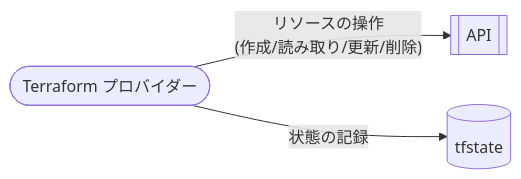
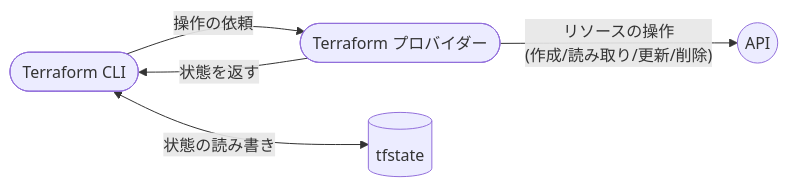
One commit to hiroki-it/tech-notebook changed the first of 5 diagrams in docs/infrastructure_as_code/infrastructure_as_code_terraform_provider_self.md. Above: the diagram before and after it, drawn with Mermaid. The commit also changed other lines of this file, not shown here.

````diff
--- a/docs/infrastructure_as_code/infrastructure_as_code_terraform_provider_self.md
+++ b/docs/infrastructure_as_code/infrastructure_as_code_terraform_provider_self.md
@@ -29,9 +29,12 @@
 ```mermaid
 flowchart LR
+    Terraform(["Terraform CLI"])
     Provider(["Terraform プロバイダー"])
-    API[["API"]]
+    API(("API"))
     State[("tfstate")]
 
     Provider -->|"リソースの操作<br/>(作成/読み取り/更新/削除)"| API
-    Provider -->|"状態の記録"| State
+    Terraform -->|"操作の依頼"| Provider
+    Provider -->|"状態を返す"| Terraform
+    Terraform <-->|"状態の読み書き"| State
 ```
````
